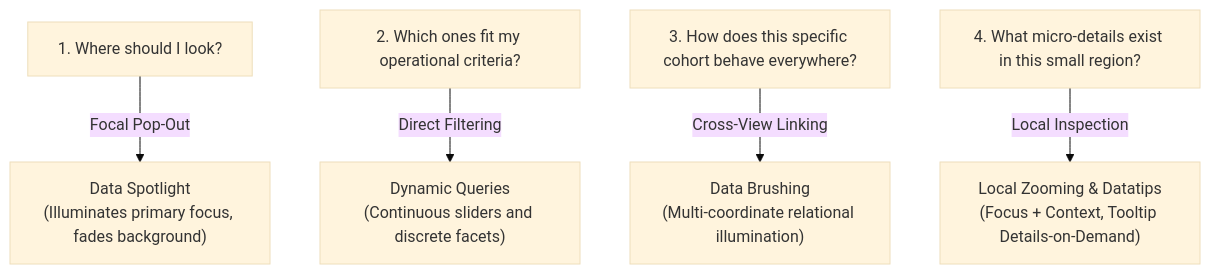
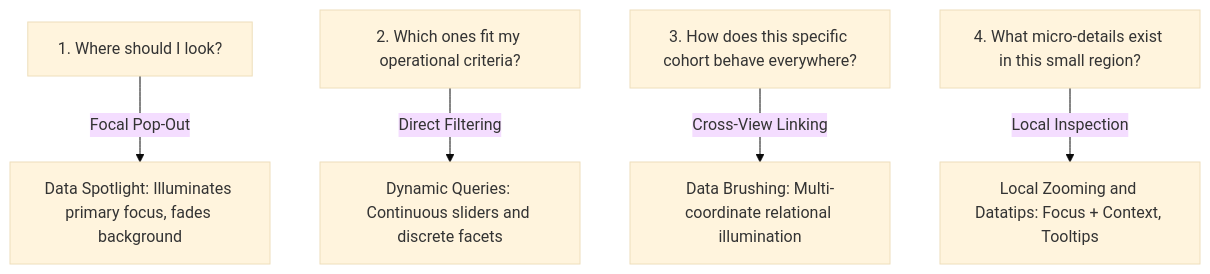
One commit to DeepLumiere/DeepSkills changed the seventh of 18 diagrams in notes/data_analysis/Unit_5_notes.md. Above: the diagram before and after it, drawn with Mermaid (base theme). The commit also changed other lines of this file and 56 other files, not shown here.

````diff
--- a/notes/data_analysis/Unit_5_notes.md
+++ b/notes/data_analysis/Unit_5_notes.md
@@ -485,7 +485,7 @@
 ```mermaid
-graph TD
-    Q1["1. Where should I look?"] -->|"Focal Pop-Out"| A1["Data Spotlight<br/>(Illuminates primary focus, fades background)"]
-    Q2["2. Which ones fit my operational criteria?"] -->|"Direct Filtering"| A2["Dynamic Queries<br/>(Continuous sliders and discrete facets)"]
-    Q3["3. How does this specific cohort behave everywhere?"] -->|"Cross-View Linking"| A3["Data Brushing<br/>(Multi-coordinate relational illumination)"]
-    Q4["4. What micro-details exist in this small region?"] -->|"Local Inspection"| A4["Local Zooming & Datatips<br/>(Focus + Context, Tooltip Details-on-Demand)"]
+flowchart TD
+    Q1["1. Where should I look?"] -->|"Focal Pop-Out"| A1["Data Spotlight: Illuminates primary focus, fades background"]
+    Q2["2. Which ones fit my operational criteria?"] -->|"Direct Filtering"| A2["Dynamic Queries: Continuous sliders and discrete facets"]
+    Q3["3. How does this specific cohort behave everywhere?"] -->|"Cross-View Linking"| A3["Data Brushing: Multi-coordinate relational illumination"]
+    Q4["4. What micro-details exist in this small region?"] -->|"Local Inspection"| A4["Local Zooming and Datatips: Focus + Context, Tooltips"]
 ```
````
